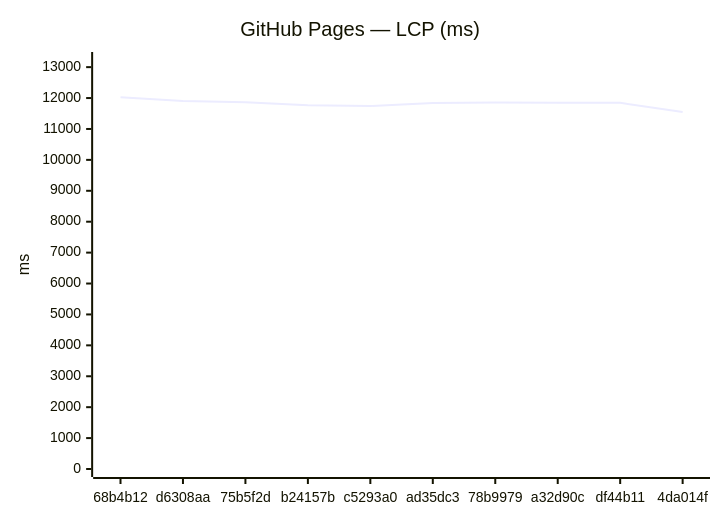
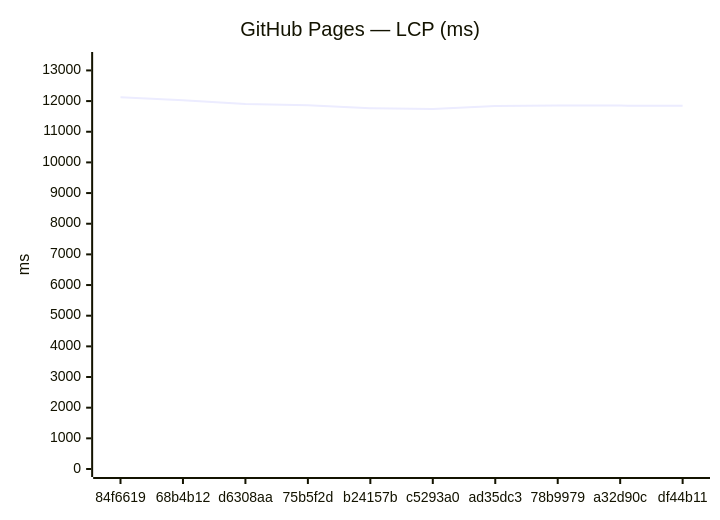
One commit to Metaheurist/Rianell changed the third of 18 diagrams in benchmarks/compare.md. Above: the diagram before and after it, drawn with Mermaid. The commit also changed other lines of this file and 12 other files, not shown here.

````diff
--- a/benchmarks/compare.md
+++ b/benchmarks/compare.md
@@ -54,7 +54,7 @@
 ```mermaid
 xychart-beta
     title "GitHub Pages — LCP (ms)"
-    x-axis ["68b4b12", "d6308aa", "75b5f2d", "b24157b", "c5293a0", "ad35dc3", "78b9979", "a32d90c", "df44b11", "4da014f"]
-    y-axis "ms" 0 --> 13231
-    line [12028, 11904, 11863, 11768, 11742, 11838, 11855, 11852, 11847, 11548]
+    x-axis ["84f6619", "68b4b12", "d6308aa", "75b5f2d", "b24157b", "c5293a0", "ad35dc3", "78b9979", "a32d90c", "df44b11"]
+    y-axis "ms" 0 --> 13340
+    line [12127, 12028, 11904, 11863, 11768, 11742, 11838, 11855, 11852, 11847]
 ```
````
